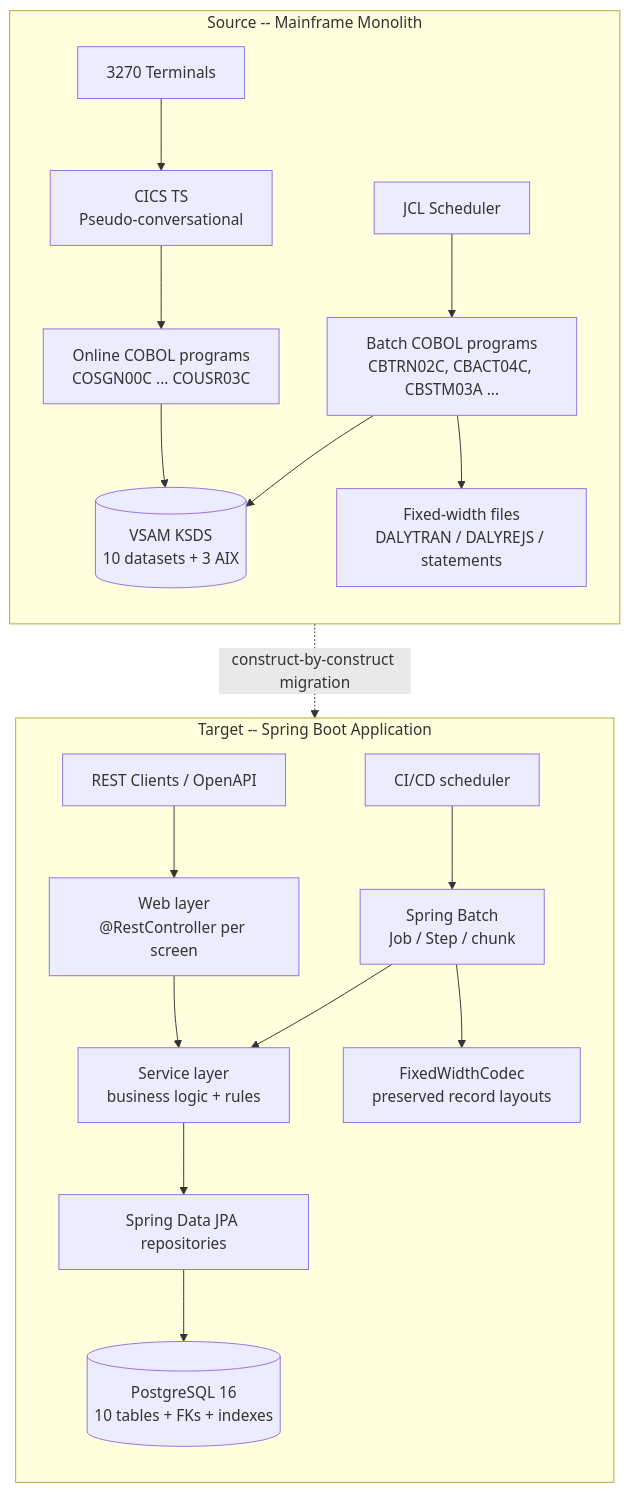
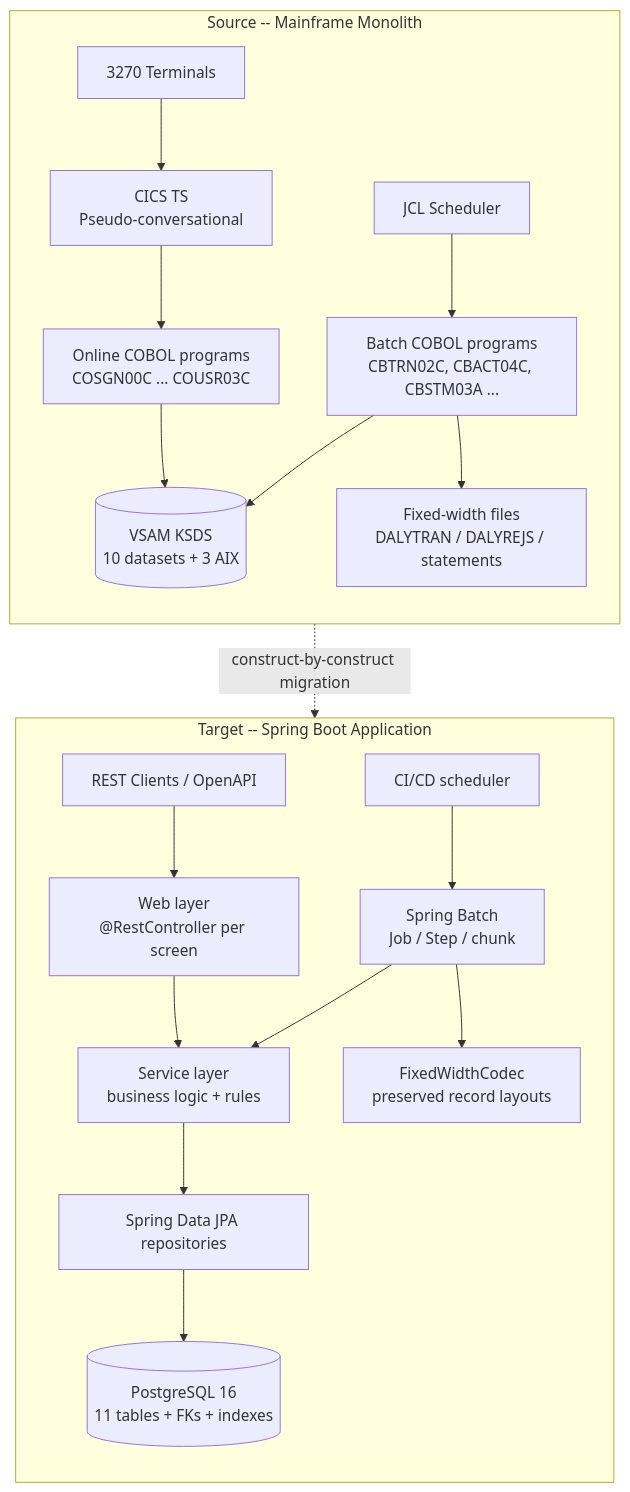
Before and after one commit to blitzy-public-samples/aws-carddemo-blitzy: the first of 2 diagrams in docs/architecture.md, drawn with Mermaid. The commit also changed other lines of this file and 9 other files, not shown here.

````diff
--- a/docs/architecture.md
+++ b/docs/architecture.md
@@ -63,25 +63,25 @@
 ```mermaid
 graph TB
     subgraph SRC["Source -- Mainframe Monolith"]
         direction TB
         T3270["3270 Terminals"] --> CICS["CICS TS<br/>Pseudo-conversational"]
         CICS --> COBOL_ON["Online COBOL programs<br/>COSGN00C ... COUSR03C"]
         JCL["JCL Scheduler"] --> COBOL_BAT["Batch COBOL programs<br/>CBTRN02C, CBACT04C, CBSTM03A ..."]
         COBOL_ON --> VSAM[("VSAM KSDS<br/>10 datasets + 3 AIX")]
         COBOL_BAT --> VSAM
         COBOL_BAT --> FILES["Fixed-width files<br/>DALYTRAN / DALYREJS / statements"]
     end
 
     subgraph TGT["Target -- Spring Boot Application"]
         direction TB
         REST["REST Clients / OpenAPI"] --> WEB["Web layer<br/>@RestController per screen"]
         WEB --> SVC["Service layer<br/>business logic + rules"]
         SCHED["CI/CD scheduler"] --> BATCH["Spring Batch<br/>Job / Step / chunk"]
         BATCH --> SVC
         SVC --> REPO["Spring Data JPA repositories"]
-        REPO --> PG[("PostgreSQL 16<br/>10 tables + FKs + indexes")]
+        REPO --> PG[("PostgreSQL 16<br/>11 tables + FKs + indexes")]
         BATCH --> FWC["FixedWidthCodec<br/>preserved record layouts"]
     end
 
     SRC -. "construct-by-construct migration" .-> TGT
 ```
````
